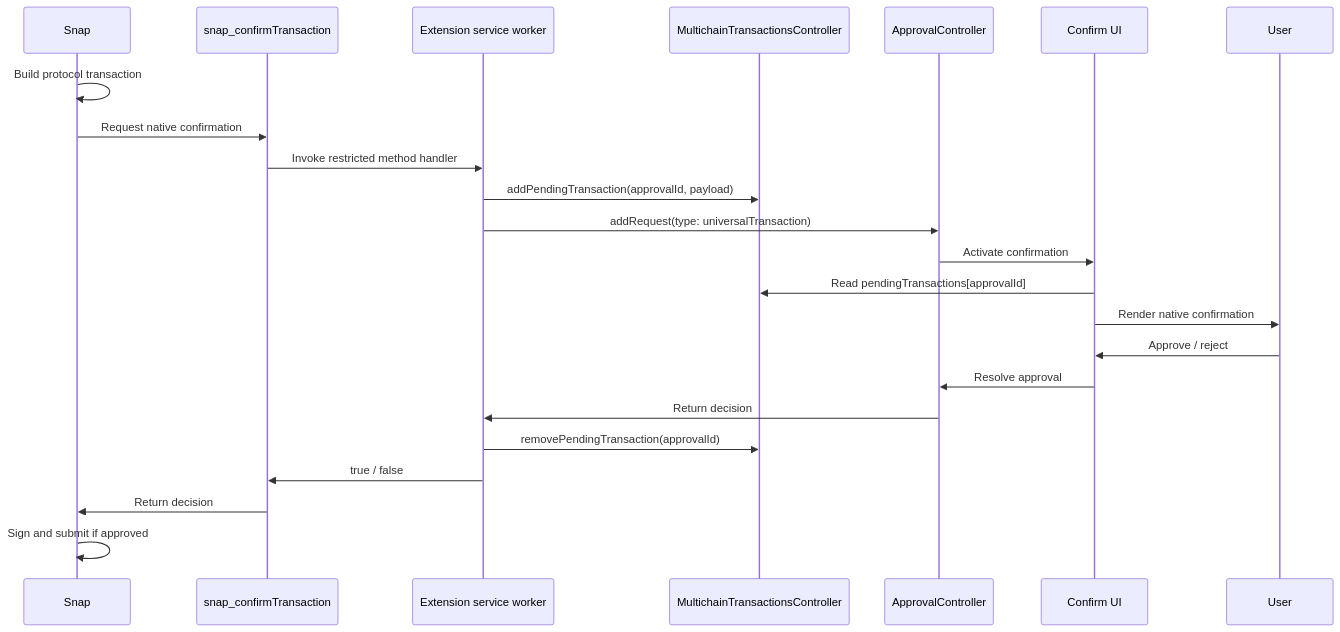
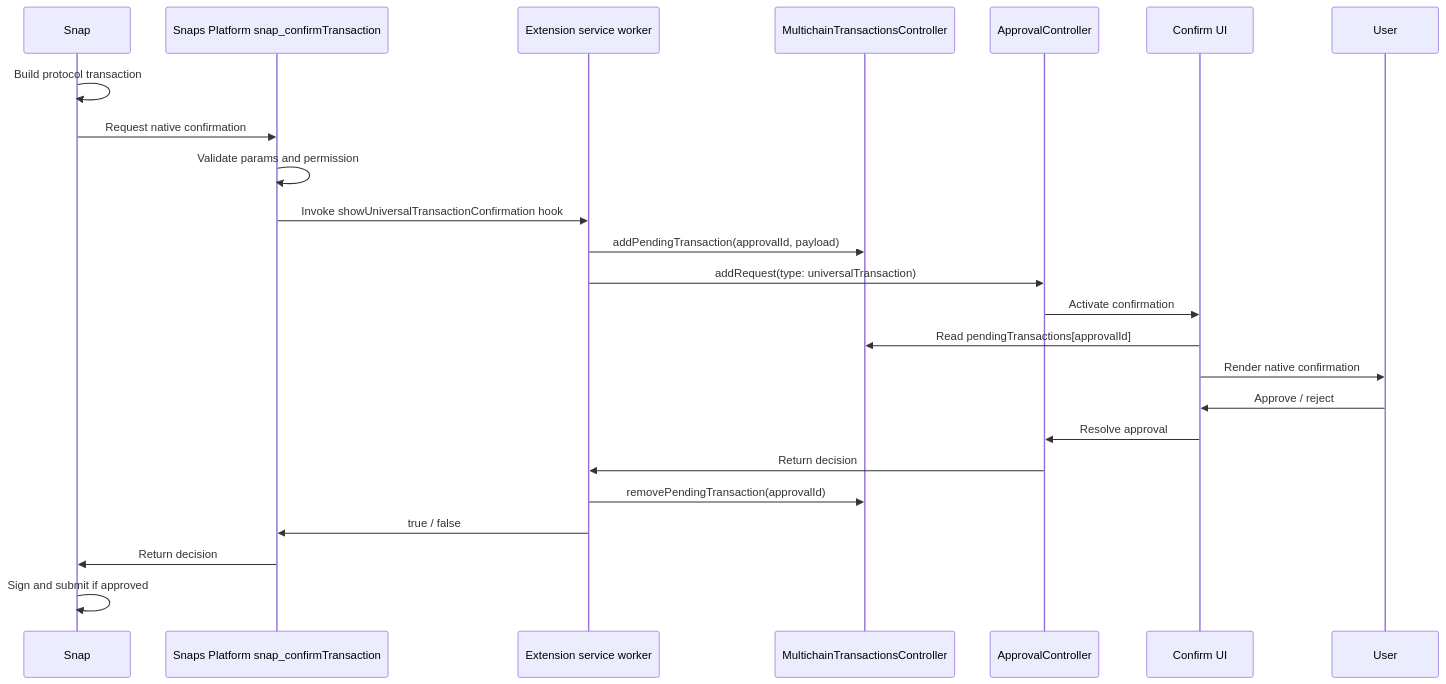
Before and after one commit to MetaMask/metamask-extension: the diagram in docs/universal-multichain-snap-confirmation-api-poc.md, drawn with Mermaid. The commit also changed other lines of this file, not shown here.

Commit message:
docs(confirmations): include Snaps Platform API layer in POC architecture

````diff
--- a/docs/universal-multichain-snap-confirmation-api-poc.md
+++ b/docs/universal-multichain-snap-confirmation-api-poc.md
@@ -27,26 +28,27 @@
 ```mermaid
 sequenceDiagram
   participant Snap as Snap
-  participant SnapAPI as snap_confirmTransaction
+  participant SnapAPI as Snaps Platform snap_confirmTransaction
   participant Extension as Extension service worker
   participant Core as MultichainTransactionsController
   participant Approval as ApprovalController
   participant UI as Confirm UI
   participant User as User
 
   Snap->>Snap: Build protocol transaction
   Snap->>SnapAPI: Request native confirmation
-  SnapAPI->>Extension: Invoke restricted method handler
+  SnapAPI->>SnapAPI: Validate params and permission
+  SnapAPI->>Extension: Invoke showUniversalTransactionConfirmation hook
   Extension->>Core: addPendingTransaction(approvalId, payload)
   Extension->>Approval: addRequest(type: universalTransaction)
   Approval->>UI: Activate confirmation
   UI->>Core: Read pendingTransactions[approvalId]
   UI->>User: Render native confirmation
   User->>UI: Approve / reject
   UI->>Approval: Resolve approval
   Approval->>Extension: Return decision
   Extension->>Core: removePendingTransaction(approvalId)
   Extension->>SnapAPI: true / false
   SnapAPI->>Snap: Return decision
   Snap->>Snap: Sign and submit if approved
 ```
````
